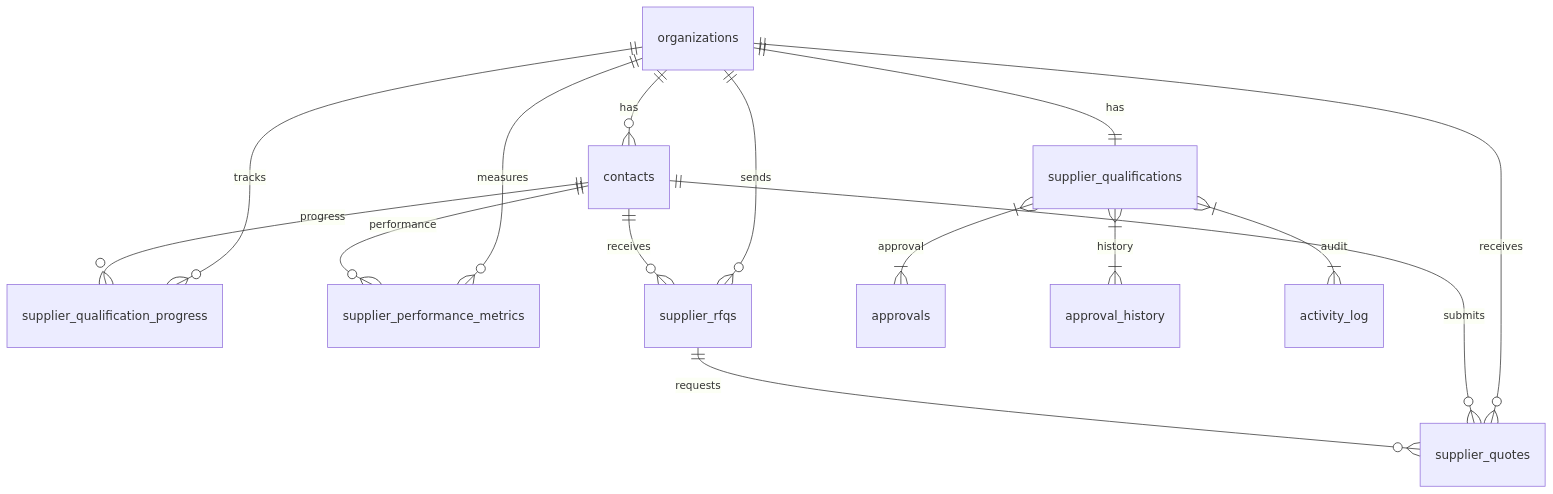
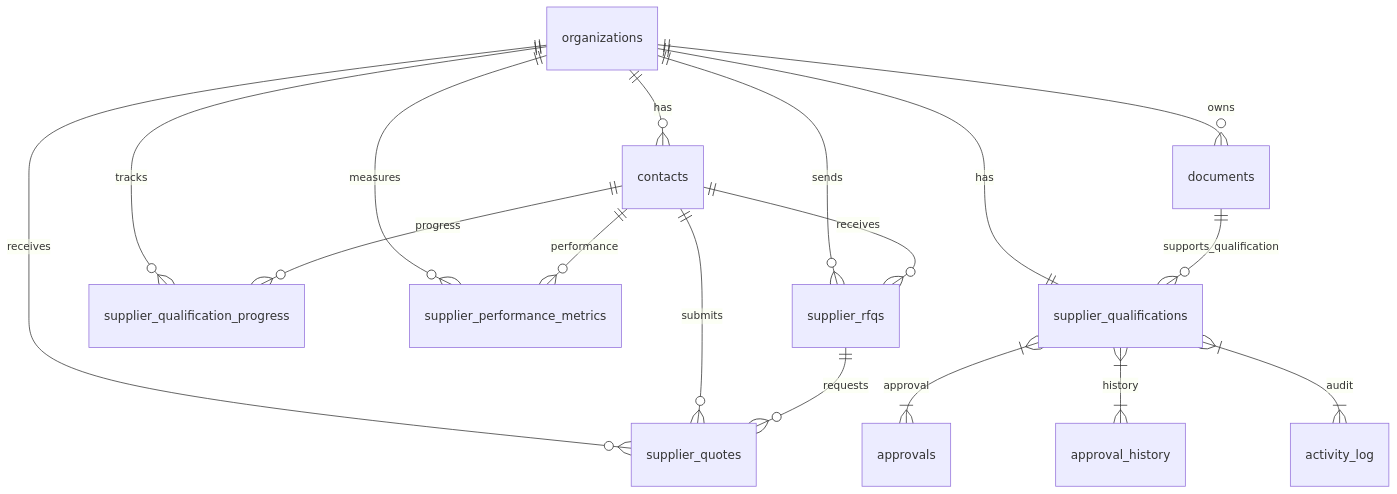
One commit to tongvtdan/apillis-mfg changed the diagram in docs/database/Supplier-Management-Schema.md. Above: the diagram before and after it, drawn with Mermaid. The commit also changed other lines of this file and 3 other files, not shown here.

First line of the commit message:
feat(supplier-management): enhance document management for supplier qualifications

````diff
--- a/docs/database/Supplier-Management-Schema.md
+++ b/docs/database/Supplier-Management-Schema.md
@@ -17,20 +17,23 @@
 ```mermaid
 erDiagram
     organizations ||--o{ contacts : "has"
     organizations ||--|| supplier_qualifications : "has"
     organizations ||--o{ supplier_qualification_progress : "tracks"
     organizations ||--o{ supplier_performance_metrics : "measures"
     organizations ||--o{ supplier_rfqs : "sends"
     organizations ||--o{ supplier_quotes : "receives"
+    organizations ||--o{ documents : "owns"
     
     contacts ||--o{ supplier_qualification_progress : "progress"
     contacts ||--o{ supplier_performance_metrics : "performance"
     contacts ||--o{ supplier_rfqs : "receives"
     contacts ||--o{ supplier_quotes : "submits"
     
     supplier_rfqs ||--o{ supplier_quotes : "requests"
     
     supplier_qualifications }|--|{ approvals : "approval"
     supplier_qualifications }|--|{ approval_history : "history"
     supplier_qualifications }|--|{ activity_log : "audit"
+    
+    documents ||--o{ supplier_qualifications : "supports_qualification"
 ```
````
